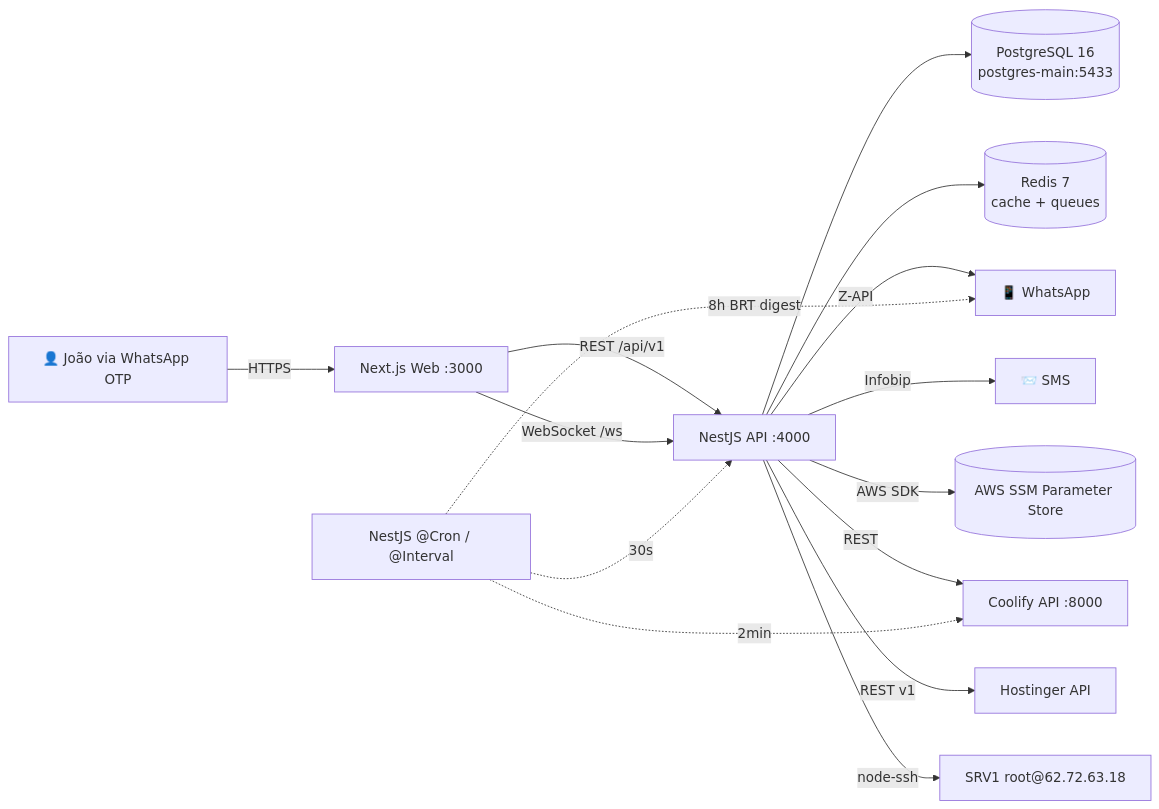
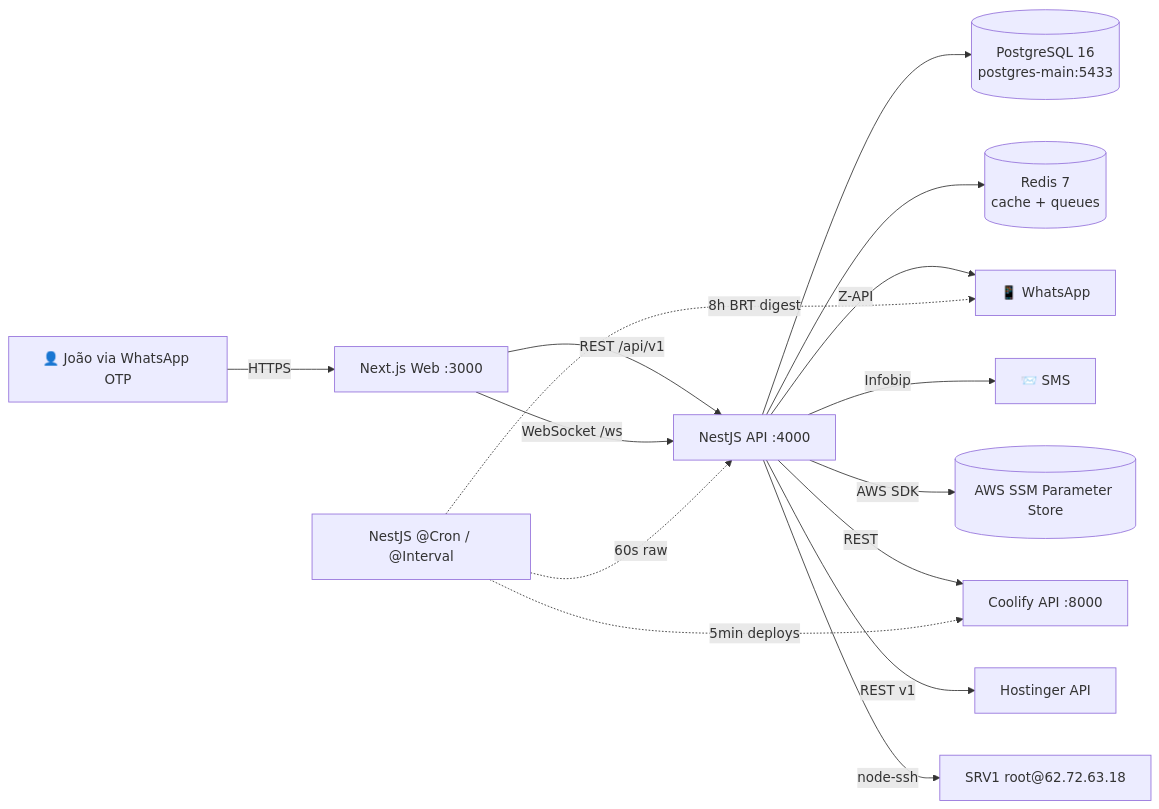
The diagram in ARCHITECTURE.md (joaogrigoli1-dev/controler), drawn with Mermaid before and after one commit. The commit also changed other lines of this file and 4 other files, not shown here.

First line of the commit message:
docs(fase-6): ARCHITECTURE/RUNBOOK/SRV1_INVENTORY/CLAUDE.md atualizados + Relatorio-Final-NOC

````diff
--- a/ARCHITECTURE.md
+++ b/ARCHITECTURE.md
@@ -16,20 +16,20 @@
 ```mermaid
 flowchart LR
     User[👤 João via WhatsApp OTP] -->|HTTPS| Web[Next.js Web :3000]
     Web -->|REST /api/v1| API[NestJS API :4000]
     Web -->|WebSocket /ws| API
 
     API --> PG[(PostgreSQL 16<br/>postgres-main:5433)]
     API --> Redis[(Redis 7<br/>cache + queues)]
 
     API -->|Z-API| WhatsApp[📱 WhatsApp]
     API -->|Infobip| SMS[📨 SMS]
     API -->|AWS SDK| SSM[(AWS SSM Parameter Store)]
     API -->|REST| Coolify[Coolify API :8000]
     API -->|REST v1| Hostinger[Hostinger API]
     API -->|node-ssh| SRV1[SRV1 root@62.72.63.18]
 
-    Scheduler[NestJS @Cron / @Interval] -.->|30s| API
-    Scheduler -.->|2min| Coolify
+    Scheduler[NestJS @Cron / @Interval] -.->|60s raw| API
+    Scheduler -.->|5min deploys| Coolify
     Scheduler -.->|8h BRT digest| WhatsApp
 ```
````
